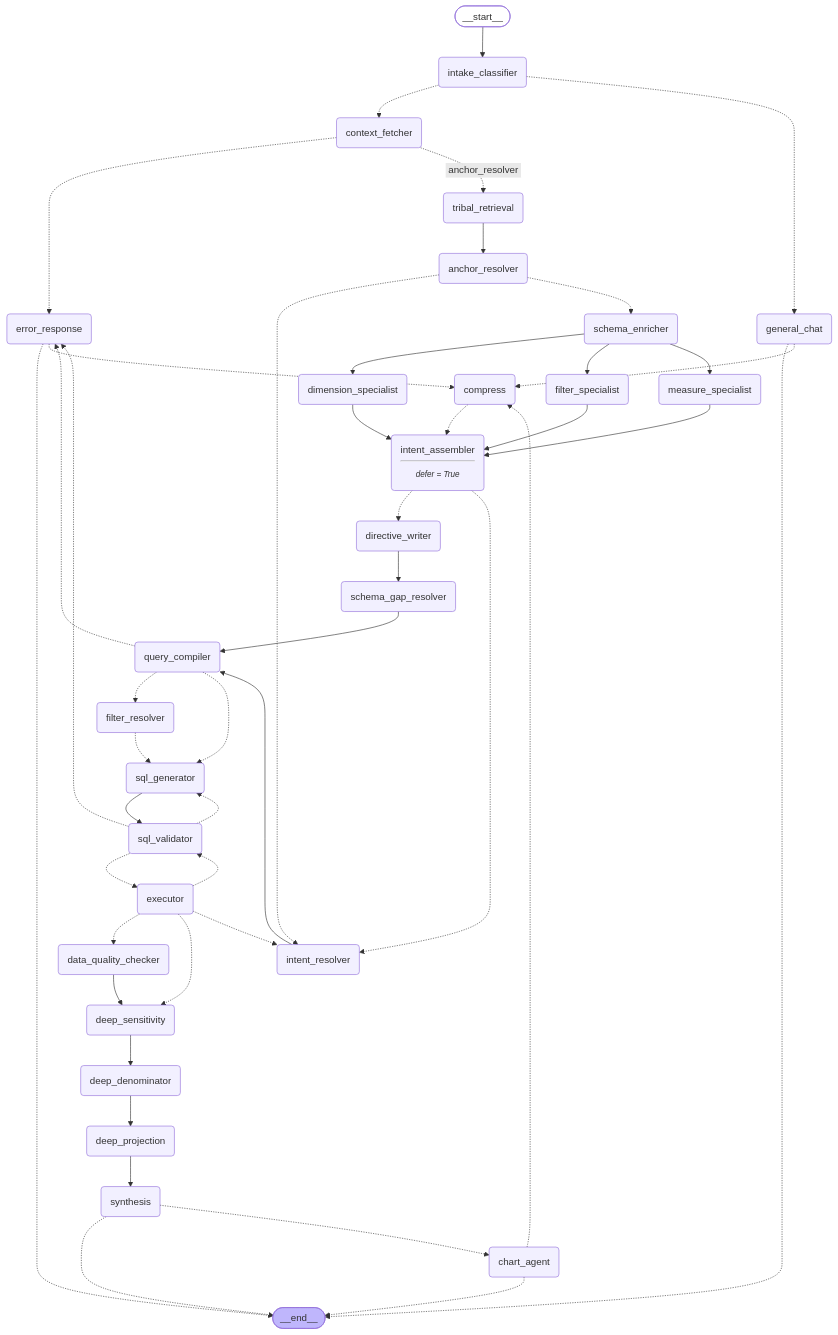
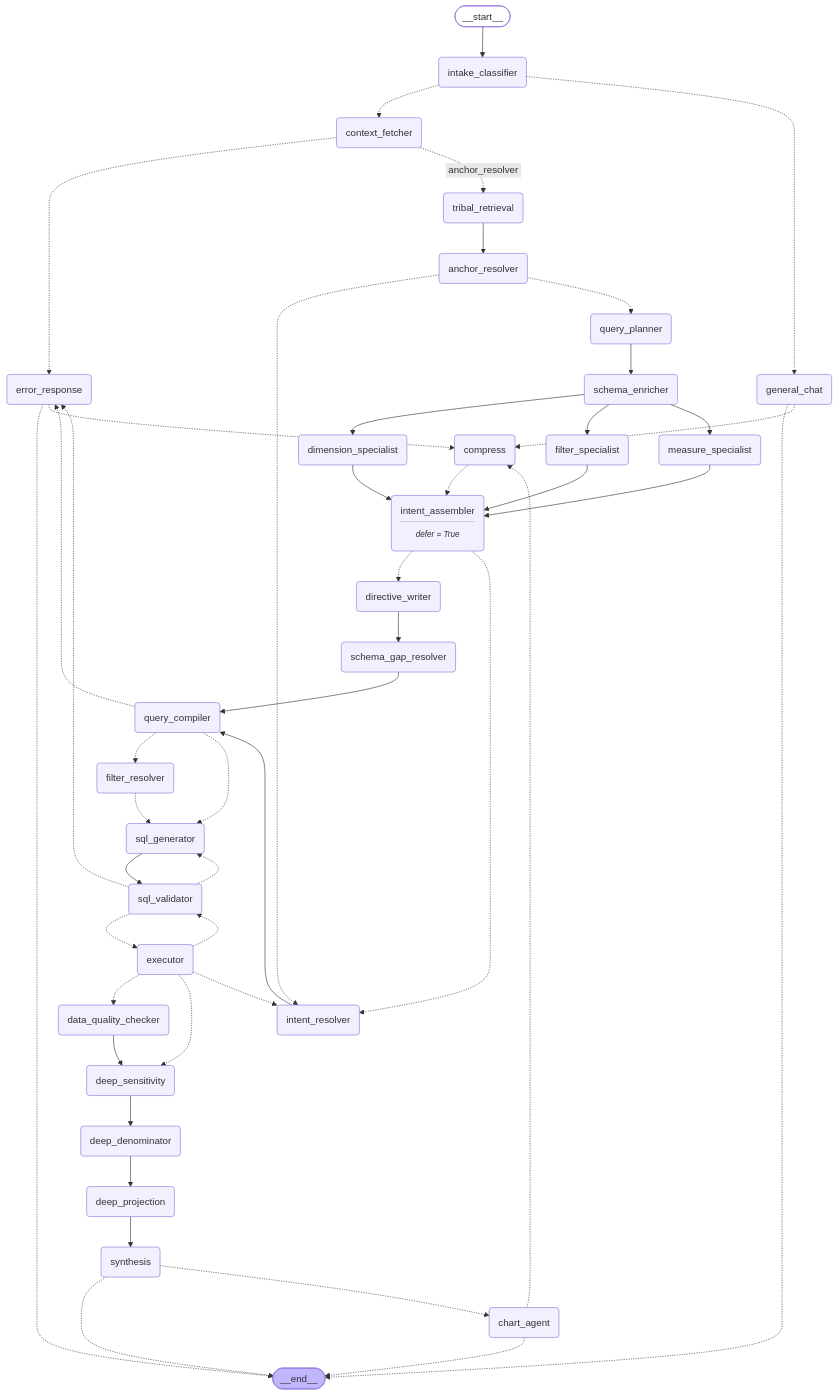
Before and after one commit to mayankdas2005/MTI-Brain: the diagram in assets/analytics_graph.mmd, drawn with Mermaid. The commit also changed 10 other files, not shown here.

```diff
--- a/assets/analytics_graph.mmd
+++ b/assets/analytics_graph.mmd
@@ -1,76 +1,78 @@
 graph TD;
 	__start__([<p>__start__</p>]):::first
 	intake_classifier(intake_classifier)
 	general_chat(general_chat)
 	context_fetcher(context_fetcher)
 	tribal_retrieval(tribal_retrieval)
 	anchor_resolver(anchor_resolver)
+	query_planner(query_planner)
 	schema_enricher(schema_enricher)
 	measure_specialist(measure_specialist)
 	filter_specialist(filter_specialist)
 	dimension_specialist(dimension_specialist)
 	intent_assembler(intent_assembler<hr/><small><em>defer = True</em></small>)
 	directive_writer(directive_writer)
 	schema_gap_resolver(schema_gap_resolver)
 	intent_resolver(intent_resolver)
 	query_compiler(query_compiler)
 	filter_resolver(filter_resolver)
 	sql_generator(sql_generator)
 	sql_validator(sql_validator)
 	executor(executor)
 	data_quality_checker(data_quality_checker)
 	deep_sensitivity(deep_sensitivity)
 	deep_denominator(deep_denominator)
 	deep_projection(deep_projection)
 	synthesis(synthesis)
 	chart_agent(chart_agent)
 	error_response(error_response)
 	compress(compress)
 	__end__([<p>__end__</p>]):::last
 	__start__ --> intake_classifier;
 	anchor_resolver -.-> intent_resolver;
-	anchor_resolver -.-> schema_enricher;
+	anchor_resolver -.-> query_planner;
 	chart_agent -.-> __end__;
 	chart_agent -.-> compress;
 	compress -.-> intent_assembler;
 	context_fetcher -.-> error_response;
 	context_fetcher -. &nbsp;anchor_resolver&nbsp; .-> tribal_retrieval;
 	data_quality_checker --> deep_sensitivity;
 	deep_denominator --> deep_projection;
 	deep_projection --> synthesis;
 	deep_sensitivity --> deep_denominator;
 	dimension_specialist --> intent_assembler;
 	directive_writer --> schema_gap_resolver;
 	error_response -.-> __end__;
 	error_response -.-> compress;
 	executor -.-> data_quality_checker;
 	executor -.-> deep_sensitivity;
 	executor -.-> intent_resolver;
 	executor -.-> sql_validator;
 	filter_resolver -.-> sql_generator;
 	filter_specialist --> intent_assembler;
 	general_chat -.-> __end__;
 	general_chat -.-> compress;
 	intake_classifier -.-> context_fetcher;
 	intake_classifier -.-> general_chat;
 	intent_assembler -.-> directive_writer;
 	intent_assembler -.-> intent_resolver;
 	intent_resolver --> query_compiler;
 	measure_specialist --> intent_assembler;
 	query_compiler -.-> error_response;
 	query_compiler -.-> filter_resolver;
 	query_compiler -.-> sql_generator;
+	query_planner --> schema_enricher;
 	schema_enricher --> dimension_specialist;
 	schema_enricher --> filter_specialist;
 	schema_enricher --> measure_specialist;
 	schema_gap_resolver --> query_compiler;
 	sql_generator --> sql_validator;
 	sql_validator -.-> error_response;
 	sql_validator -.-> executor;
 	sql_validator -.-> sql_generator;
 	synthesis -.-> __end__;
 	synthesis -.-> chart_agent;
 	tribal_retrieval --> anchor_resolver;
 	classDef default fill:#f2f0ff,line-height:1.2
 	classDef first fill-opacity:0
 	classDef last fill:#bfb6fc
```
